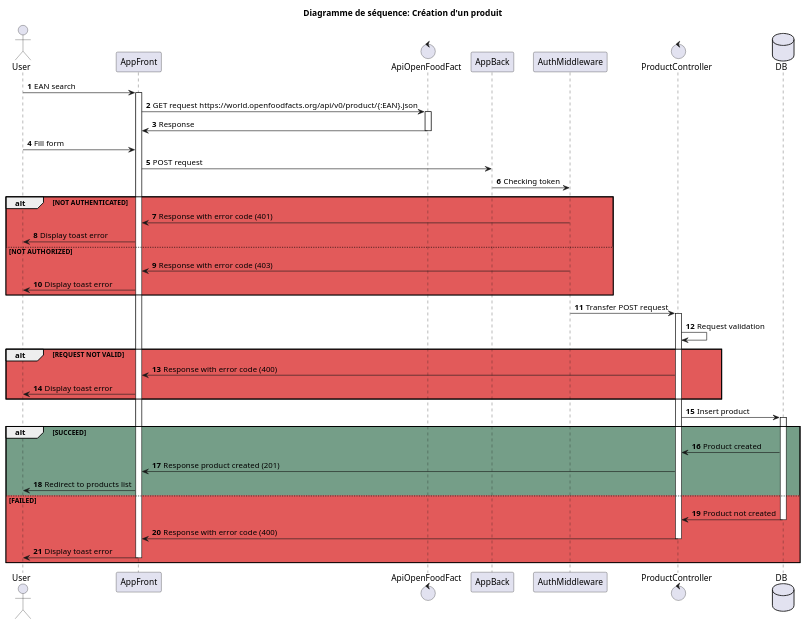
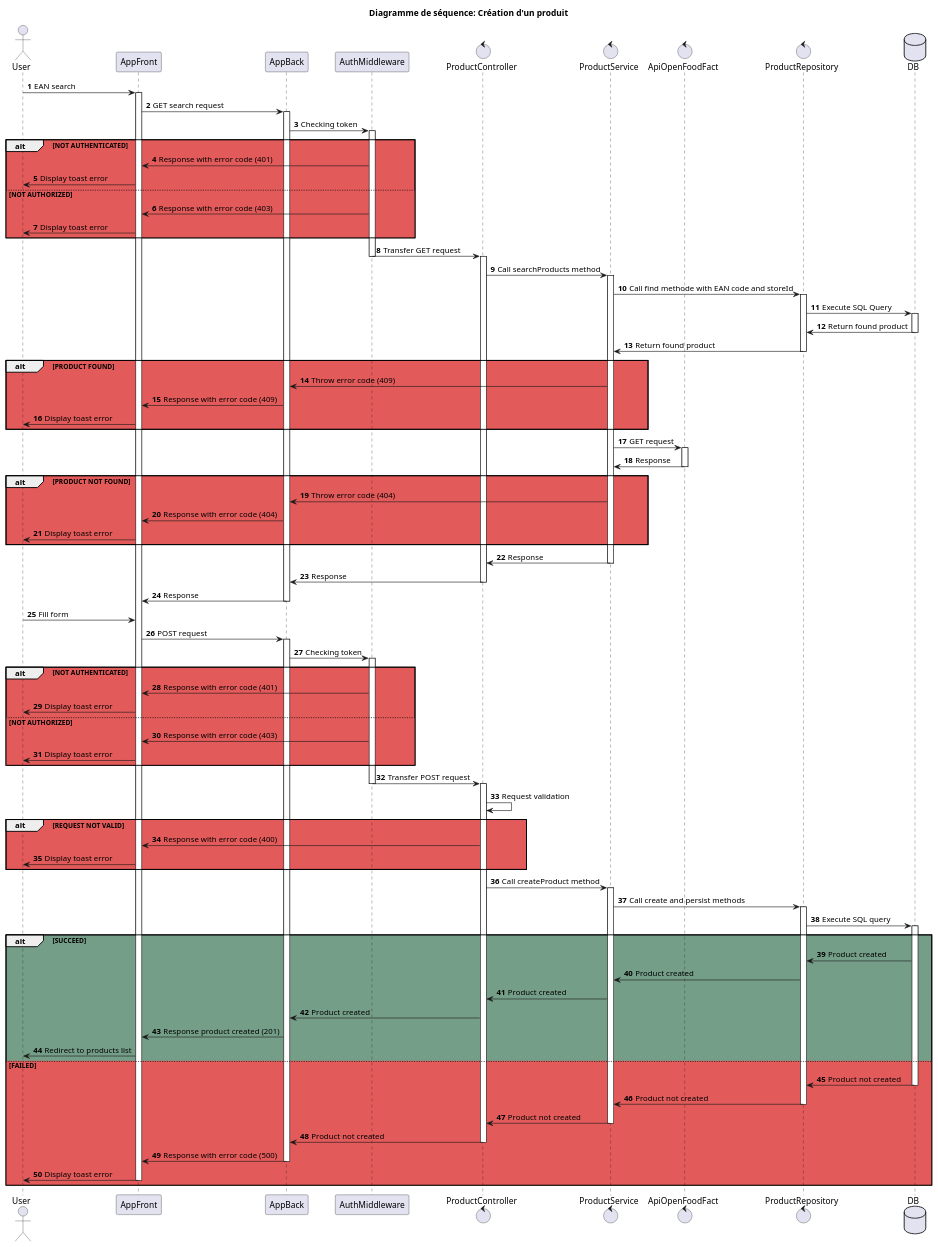
One commit to lequanos/projet-09-gestion-de-magasin-back changed the diagram in docs/uml/diagram-sequence-create-product.puml. Above: the diagram before and after it, drawn with PlantUML. The commit also changed 13 other files, not shown here.

```diff
--- a/docs/uml/diagram-sequence-create-product.puml
+++ b/docs/uml/diagram-sequence-create-product.puml
@@ -1,72 +1,145 @@
 @startuml diagram-sequence-create-product
 
 actor       User      as user
 participant AppFront as app
-control     ApiOpenFoodFact    as apifood
 participant AppBack as appBack
 participant AuthMiddleware as auth
 control     ProductController    as ctr
+control     ProductService    as srv
+control     ApiOpenFoodFact    as apifood
+control     ProductRepository   as repo
 database DB as db
 
 
 title Diagramme de séquence: Création d'un produit
 
 autonumber
 
 user -> app : EAN search
 activate app
 
-app -> apifood : GET request https://world.openfoodfacts.org/api/v0/product/{:EAN}.json
+app -> appBack : GET search request
+activate appBack
+appBack -> auth : Checking token
+activate auth
+
+alt #E25A5A NOT AUTHENTICATED
+
+  auth -> app : Response with error code (401)
+  app -> user : Display toast error
+
+else NOT AUTHORIZED
+  
+  auth -> app : Response with error code (403)
+  app -> user : Display toast error
+
+end
+
+auth -> ctr : Transfer GET request
+deactivate auth
+activate ctr
+
+ctr -> srv : Call searchProducts method
+activate srv
+srv -> repo : Call find methode with EAN code and storeId
+activate repo
+repo -> db : Execute SQL Query
+activate db
+db -> repo : Return found product
+deactivate db
+repo -> srv : Return found product
+deactivate repo
+
+alt #E25A5A PRODUCT FOUND
+
+  srv -> appBack : Throw error code (409)
+  appBack -> app : Response with error code (409)
+  app -> user : Display toast error
+
+end
+
+srv -> apifood : GET request
 activate apifood
-apifood -> app : Response
+apifood -> srv : Response
 deactivate apifood
+
+alt #E25A5A PRODUCT NOT FOUND
+
+  srv -> appBack : Throw error code (404)
+  appBack -> app : Response with error code (404)
+  app -> user : Display toast error
+
+end
+
+srv -> ctr : Response
+deactivate srv
+ctr -> appBack : Response
+deactivate ctr
+appBack -> app : Response
+deactivate appBack
 
 user -> app : Fill form
 
 app -> appBack : POST request
+activate appBack
 appBack -> auth : Checking token
+activate auth
 
 alt #E25A5A NOT AUTHENTICATED
 
   auth -> app : Response with error code (401)
   app -> user : Display toast error
 
 else NOT AUTHORIZED
   
   auth -> app : Response with error code (403)
   app -> user : Display toast error
 
 end
 
 auth -> ctr : Transfer POST request
+deactivate auth
 activate ctr
 ctr -> ctr : Request validation
 
 alt #E25A5A REQUEST NOT VALID
 
   ctr -> app : Response with error code (400)
   app -> user : Display toast error
 
 end
 
-ctr -> db : Insert product
+ctr -> srv : Call createProduct method
+activate srv
+srv -> repo : Call create and persist methods
+activate repo
+repo -> db : Execute SQL query
 activate db
 
 alt #759E88 SUCCEED
 
-  db -> ctr : Product created
-  ctr -> app : Response product created (201)
+  db -> repo : Product created
+  repo -> srv : Product created
+  srv -> ctr : Product created
+  ctr -> appBack : Product created
+  appBack -> app : Response product created (201)
   app -> user : Redirect to products list
 
 else #E25A5A FAILED
 
-  db -> ctr : Product not created
+  db -> repo : Product not created
   deactivate db
-  ctr -> app : Response with error code (400)
+  repo -> srv : Product not created
+  deactivate repo
+  srv -> ctr : Product not created
+  deactivate srv
+  ctr -> appBack : Product not created
   deactivate ctr
+  appBack -> app : Response with error code (500)
+  deactivate appBack
   app -> user : Display toast error
-deactivate app
+  deactivate app
 
 end
 
 @enduml
```
